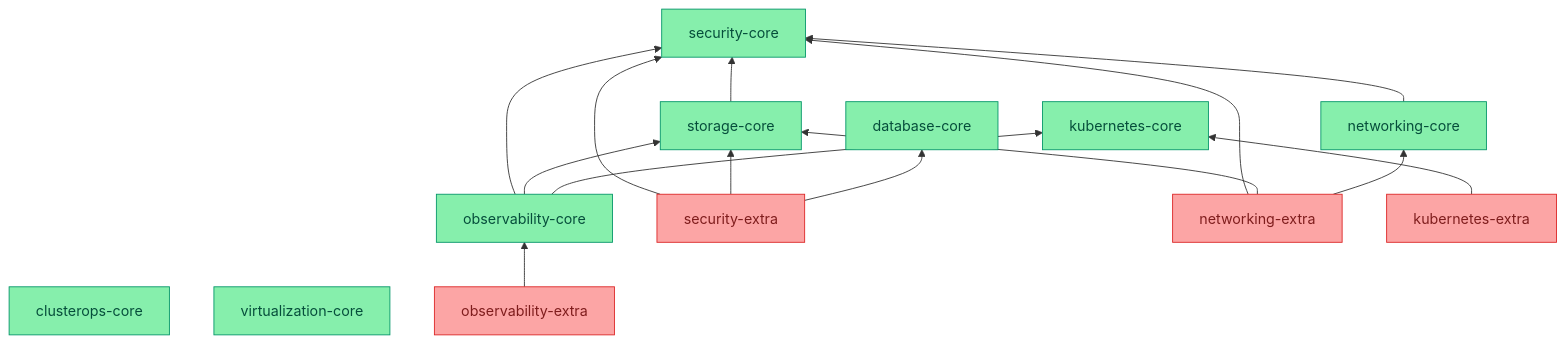
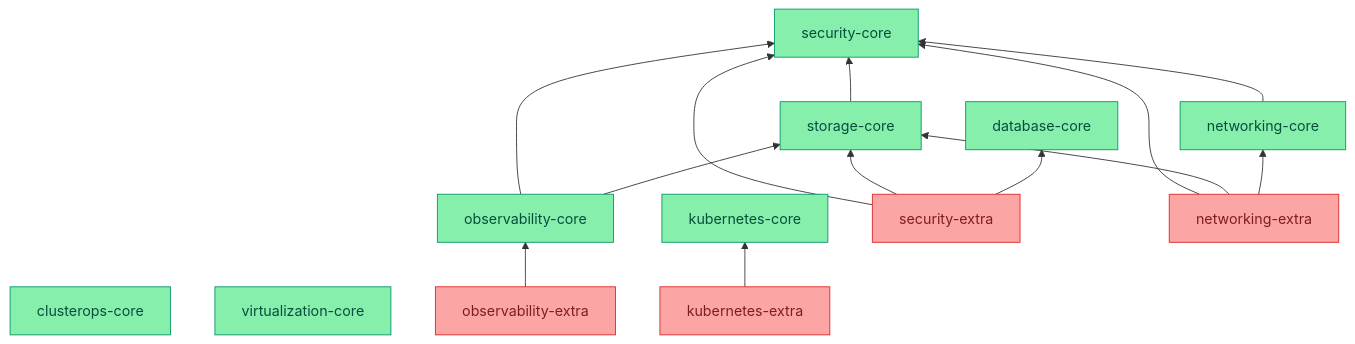
One commit to ppat/homelab-ops-kubernetes-apps changed the diagram in infrastructure/README.md. Above: the diagram before and after it, drawn with Mermaid. The commit also changed other lines of this file and 16 other files, not shown here.

````diff
--- a/infrastructure/README.md
+++ b/infrastructure/README.md
@@ -22,42 +22,41 @@
 ```mermaid
 flowchart BT
     %% Color scheme for better contrast in light/dark themes
     classDef core fill:#86efac,stroke:#059669,color:#064e3b
     classDef extra fill:#fca5a5,stroke:#dc2626,color:#7f1d1d
 
     %% Layer 1 - Root
     security-core[security-core]:::core
 
     %% Layer 2 - Direct Dependencies
     storage-core[storage-core]:::core
     networking-core[networking-core]:::core
     observability-core[observability-core]:::core
     database-core[database-core]:::core
 
     %% Layer 3 - Extended Components
     kubernetes-core[kubernetes-core]:::core
     clusterops-core[clusterops-core]:::core
     virtualization-core[virtualization-core]:::core
     security-extra[security-extra]:::extra
     networking-extra[networking-extra]:::extra
     kubernetes-extra[kubernetes-extra]:::extra
     observability-extra[observability-extra]:::extra
 
     %% Dependencies - Organized by layers
     storage-core & networking-core & observability-core --> security-core
     observability-core --> storage-core
-    observability-core --> kubernetes-core
 
     %% Extra module dependencies - Minimizing crossings
     security-extra --> security-core
     security-extra --> storage-core
     security-extra --> database-core
 
     networking-extra --> security-core
     networking-extra --> storage-core
     networking-extra --> networking-core
 
     observability-extra --> observability-core
 
     kubernetes-extra --> kubernetes-core
 ```
````
